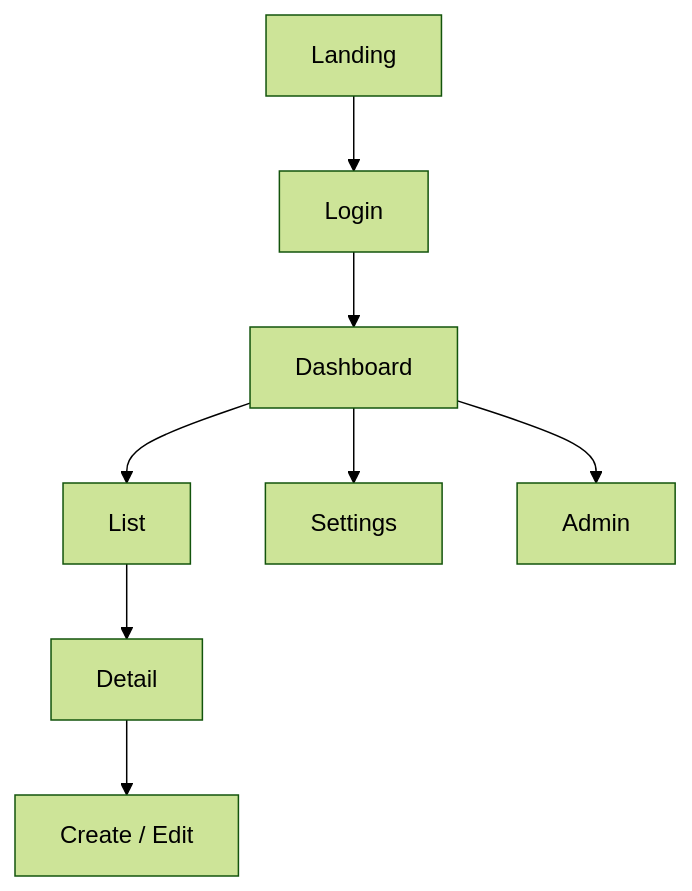
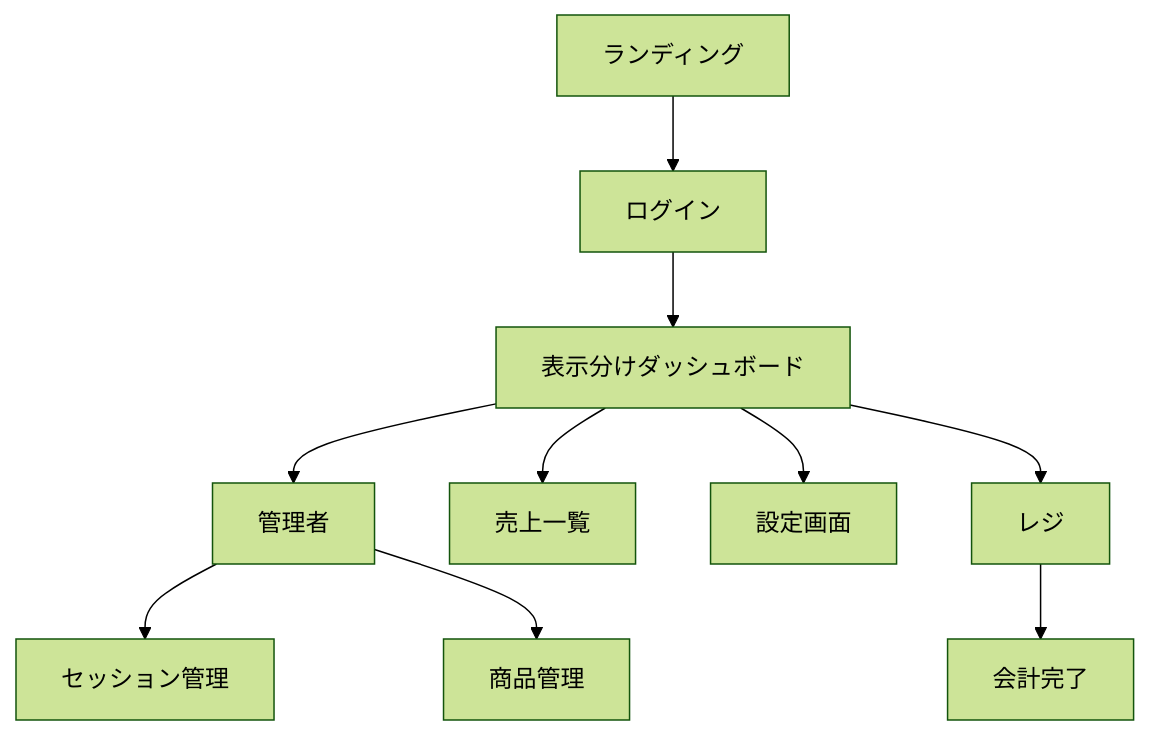
The first of 8 diagrams in 03_screen-flow_md.md (Gypsophila1912/rejogi-app), drawn with Mermaid (forest theme) before and after one commit. The commit also changed other lines of this file and 7 other files, not shown here.

````diff
--- a/03_screen-flow_md.md
+++ b/03_screen-flow_md.md
@@ -35,19 +36,27 @@
 ```mermaid
 flowchart TD
-    LP[Landing]
-    LOGIN[Login]
-    DASH[Dashboard]
-    LIST[List]
-    DETAIL[Detail]
-    EDIT[Create / Edit]
-    SETTINGS[Settings]
-    ADMIN[Admin]
+    LP[ランディング]
+    LOGIN[ログイン]
+    HOME[表示分けダッシュボード]
+    CASHIER[レジ]
+    SESSION[セッション管理]
+    PRODUCT[商品管理]
+    SALES[売上一覧]
+    COMPLETE[会計完了]
+    SETTING[設定画面]
+    ADMIN[管理者]
+
 
     LP --> LOGIN
-    LOGIN --> DASH
-    DASH --> LIST
-    LIST --> DETAIL
-    DETAIL --> EDIT
-    DASH --> SETTINGS
-    DASH --> ADMIN
+    LOGIN --> HOME
+
+    HOME --> ADMIN
+
+    ADMIN --> SESSION
+    ADMIN --> PRODUCT
+    HOME --> CASHIER
+    HOME --> SALES
+    HOME --> SETTING
+
+    CASHIER --> COMPLETE
 ```
````
